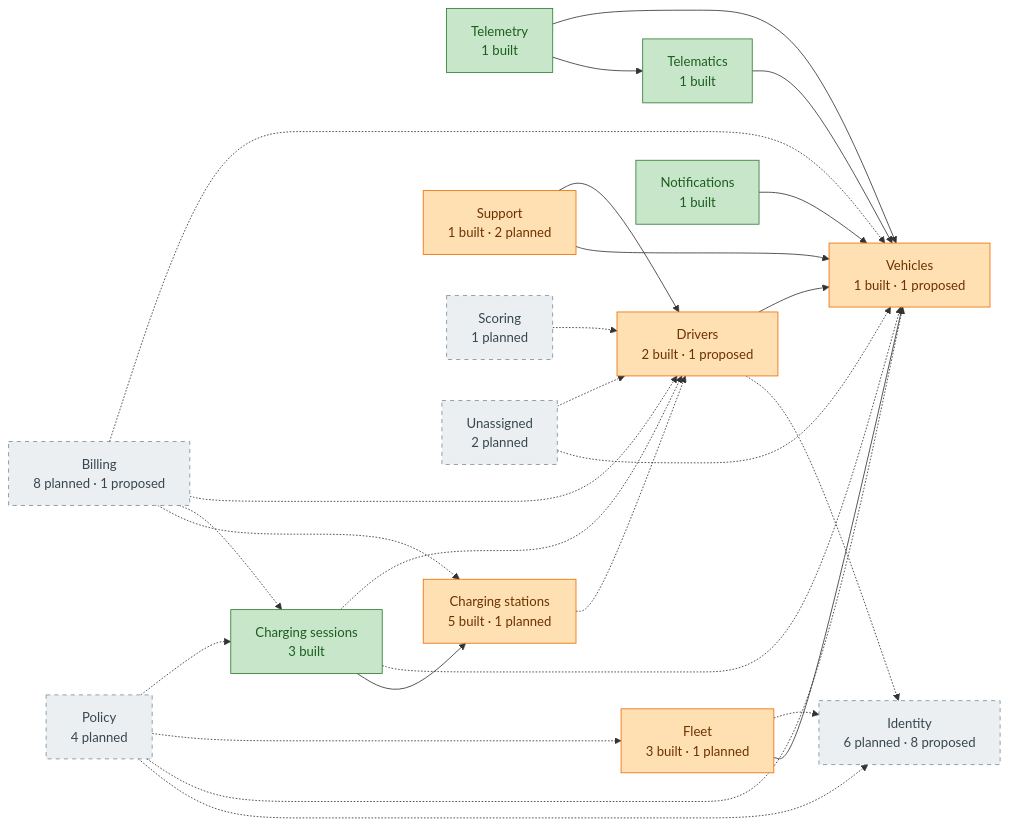
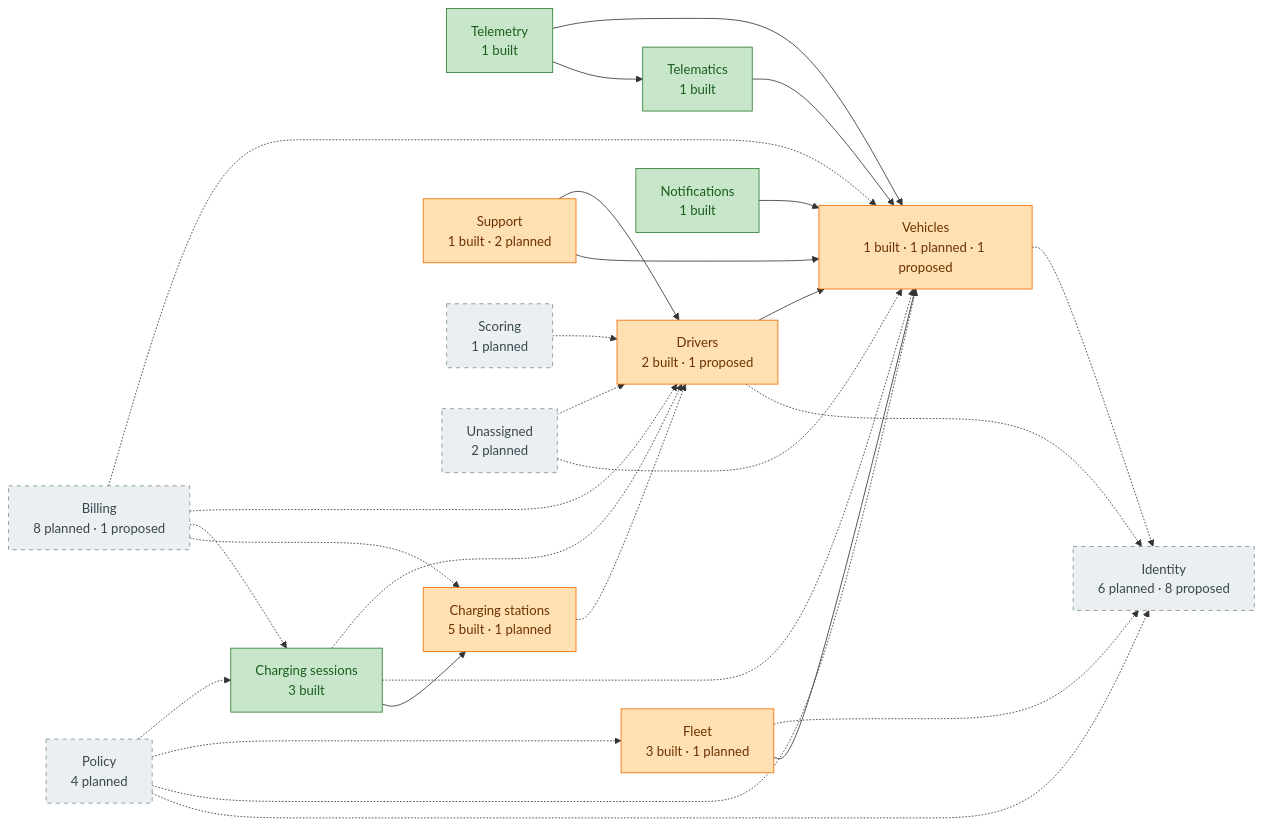
The diagram in docs/design/domain-model/overview.md (yolo-coccoc/G3Network-app), drawn with Mermaid before and after one commit. The commit also changed other lines of this file and 11 other files, not shown here.

````diff
--- a/docs/design/domain-model/overview.md
+++ b/docs/design/domain-model/overview.md
@@ -28,45 +28,46 @@
 ```mermaid
 flowchart LR
   identity["Identity<br/>6 planned · 8 proposed"]:::planned
-  vehicles["Vehicles<br/>1 built · 1 proposed"]:::partial
+  vehicles["Vehicles<br/>1 built · 1 planned · 1 proposed"]:::partial
   telematics["Telematics<br/>1 built"]:::built
   telemetry["Telemetry<br/>1 built"]:::built
   drivers["Drivers<br/>2 built · 1 proposed"]:::partial
   fleet["Fleet<br/>3 built · 1 planned"]:::partial
   charging_stations["Charging stations<br/>5 built · 1 planned"]:::partial
   charging_sessions["Charging sessions<br/>3 built"]:::built
   notifications["Notifications<br/>1 built"]:::built
   support["Support<br/>1 built · 2 planned"]:::partial
   policy["Policy<br/>4 planned"]:::planned
   billing["Billing<br/>8 planned · 1 proposed"]:::planned
   scoring["Scoring<br/>1 planned"]:::planned
   unassigned["Unassigned<br/>2 planned"]:::planned
   telematics --> vehicles
   telemetry --> telematics
   telemetry --> vehicles
   drivers -.-> identity
   drivers --> vehicles
   fleet --> vehicles
   fleet -.-> identity
   charging_stations -.-> drivers
   charging_sessions --> charging_stations
   charging_sessions -.-> vehicles
   charging_sessions -.-> drivers
   notifications --> vehicles
   support --> vehicles
   support --> drivers
   policy -.-> identity
   policy -.-> vehicles
   policy -.-> fleet
   policy -.-> charging_sessions
   billing -.-> charging_stations
   billing -.-> charging_sessions
   billing -.-> drivers
   billing -.-> vehicles
   scoring -.-> drivers
   unassigned -.-> vehicles
   unassigned -.-> drivers
+  vehicles -.-> identity
   classDef built fill:#C8E6C9,stroke:#2E7D32,color:#1B5E20
   classDef partial fill:#FFE0B2,stroke:#EF6C00,color:#6D3100
   classDef planned fill:#ECEFF1,stroke:#78909C,color:#37474F,stroke-dasharray:5 5
 ```
````
